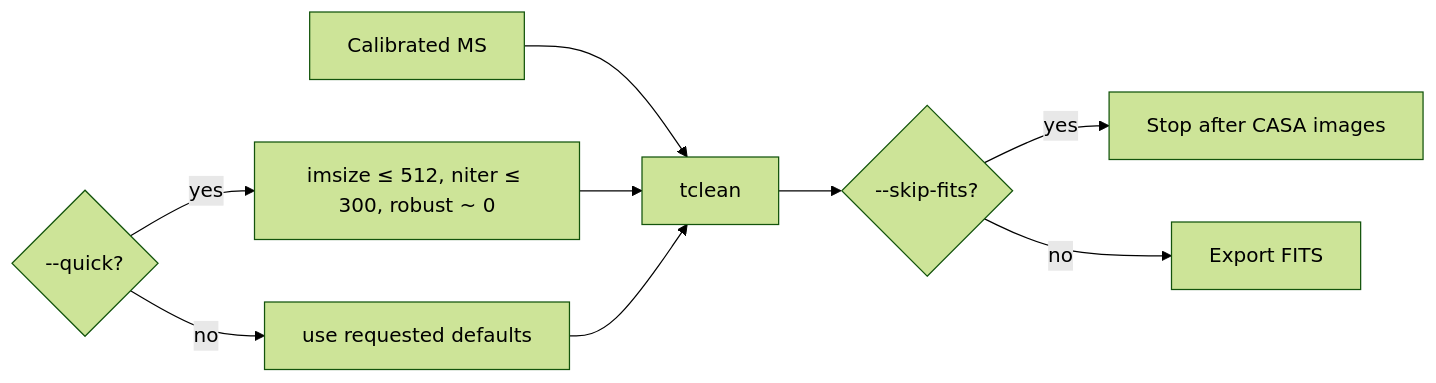
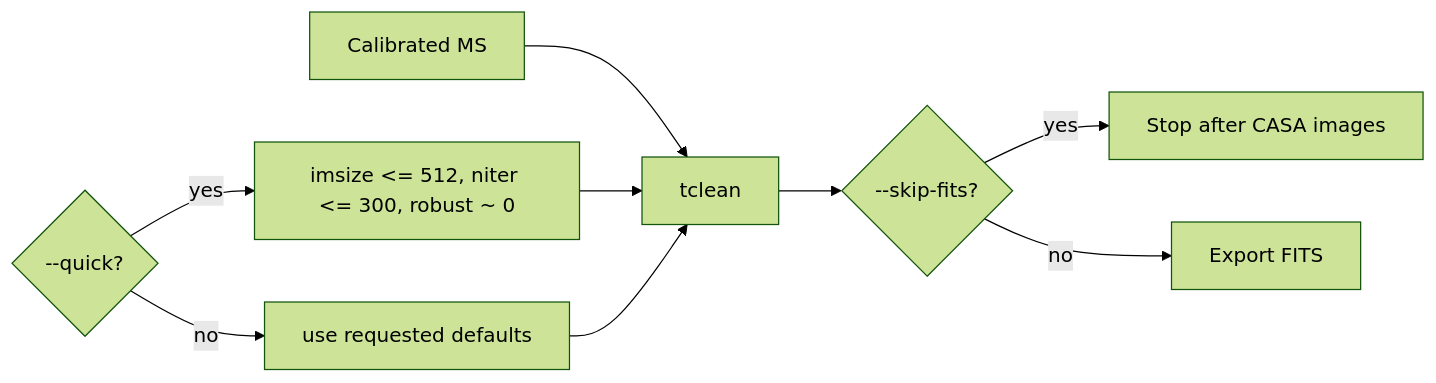
Before and after one commit to dsa110/dsa110-contimg: the fourth of 4 diagrams in docs/pipeline.md, drawn with Mermaid (forest theme). The commit also changed other lines of this file and 1916 other files, not shown here.

````diff
--- a/docs/pipeline.md
+++ b/docs/pipeline.md
@@ -64,11 +64,11 @@
 ```mermaid
 flowchart LR
   CMS[Calibrated MS] --> Tclean[tclean]
-  Quick{--quick?} -->|yes| Small[imsize ≤ 512, niter ≤ 300, robust ~ 0]
+  Quick{--quick?} -->|yes| Small[imsize <= 512, niter <= 300, robust ~ 0]
   Quick -->|no| Def[use requested defaults]
   Small --> Tclean
   Def --> Tclean
   Tclean --> Fits{--skip-fits?}
   Fits -->|yes| Done[Stop after CASA images]
   Fits -->|no| FITS[Export FITS]
 ```
````
